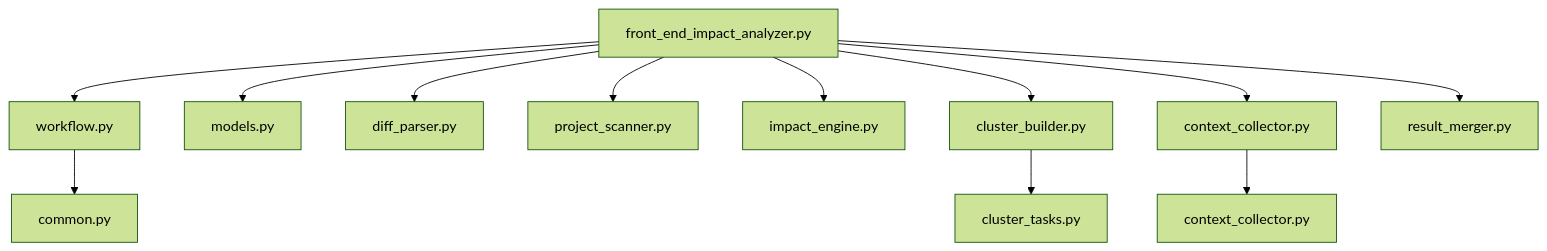
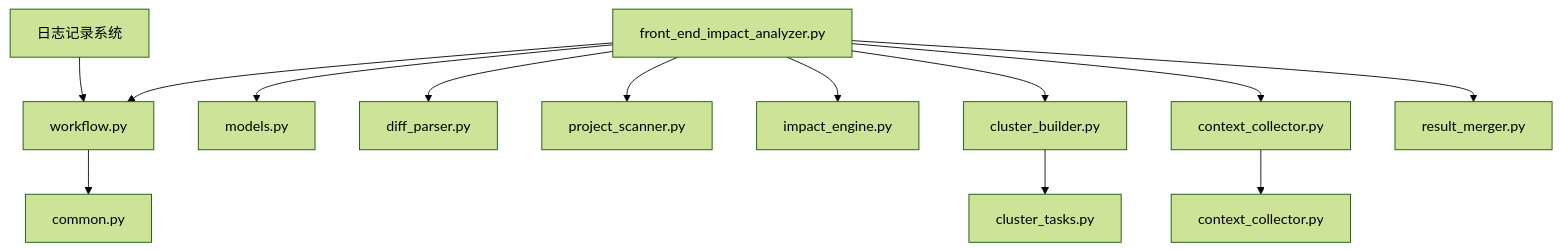
Before and after one commit to brand-new-remo/frontend-impact-analyzer: diagram 13 of 15 in .qoder/repowiki/zh/content/Workflow Management.md, drawn with Mermaid (forest theme). The commit also changed other lines of this file and 7 other files, not shown here.

````diff
--- a/.qoder/repowiki/zh/content/Workflow Management.md
+++ b/.qoder/repowiki/zh/content/Workflow Management.md
@@ -375,14 +447,15 @@
 ```mermaid
 graph TB
 FrontEnd[front_end_impact_analyzer.py] --> Workflow[workflow.py]
 FrontEnd --> Models[models.py]
 FrontEnd --> DiffParser[diff_parser.py]
 FrontEnd --> Scanner[project_scanner.py]
 FrontEnd --> ImpactEngine[impact_engine.py]
 FrontEnd --> ClusterBuilder[cluster_builder.py]
 FrontEnd --> ContextCollector[context_collector.py]
 FrontEnd --> ResultMerger[result_merger.py]
 Workflow --> Common[common.py]
 ClusterBuilder --> ClusterTasks[cluster_tasks.py]
 ContextCollector --> DocumentIndexer[context_collector.py]
+LogSystem[日志记录系统] --> Workflow
 ```
````
